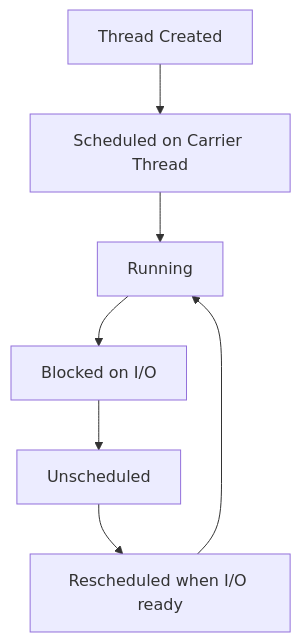
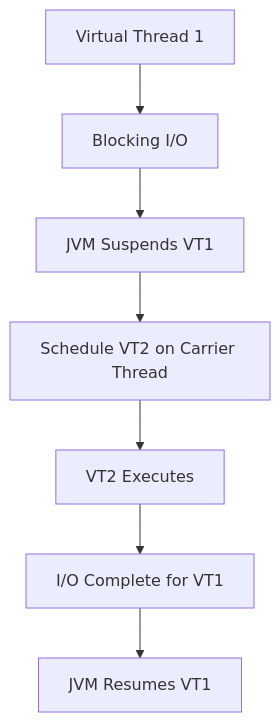
The diagram in java-virtual-threads/README.md (VrushankPatel/interview-matters), drawn with Mermaid before and after one commit. The commit also changed other lines of this file and 6 other files, not shown here.

````diff
--- a/java-virtual-threads/README.md
+++ b/java-virtual-threads/README.md
@@ -27,9 +21,9 @@
 ```mermaid
 graph TD
-    A[Thread Created] --> B[Scheduled on Carrier Thread]
-    B --> C[Running]
-    C --> D[Blocked on I/O]
-    D --> E[Unscheduled]
-    E --> F[Rescheduled when I/O ready]
-    F --> C
+    A[Virtual Thread 1] --> B[Blocking I/O]
+    B --> C[JVM Suspends VT1]
+    C --> D[Schedule VT2 on Carrier Thread]
+    D --> E[VT2 Executes]
+    E --> F[I/O Complete for VT1]
+    F --> G[JVM Resumes VT1]
 ```
````
